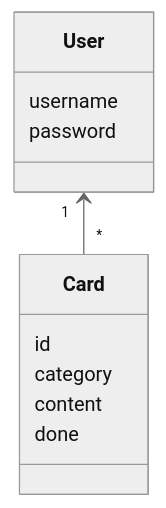
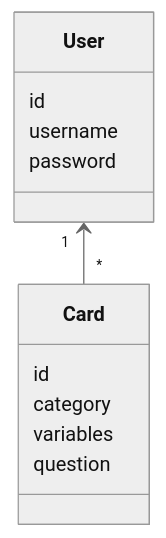
One commit to kirsikkahiltunen/ot-harjoitustyo changed the first of 7 diagrams in dokumentaatio/arkkitehtuuri.md. Above: the diagram before and after it, drawn with Mermaid (neutral theme). The commit also changed other lines of this file and 4 other files, not shown here.

````diff
--- a/dokumentaatio/arkkitehtuuri.md
+++ b/dokumentaatio/arkkitehtuuri.md
@@ -22,16 +25,17 @@
 ```mermaid
  classDiagram
     User "1" <-- "*" Card
 
     class User{
+        id
         username
         password
     }
 
     class Card{
         id
         category
-        content
-        done
+        variables
+        question
     }
 ```
````
